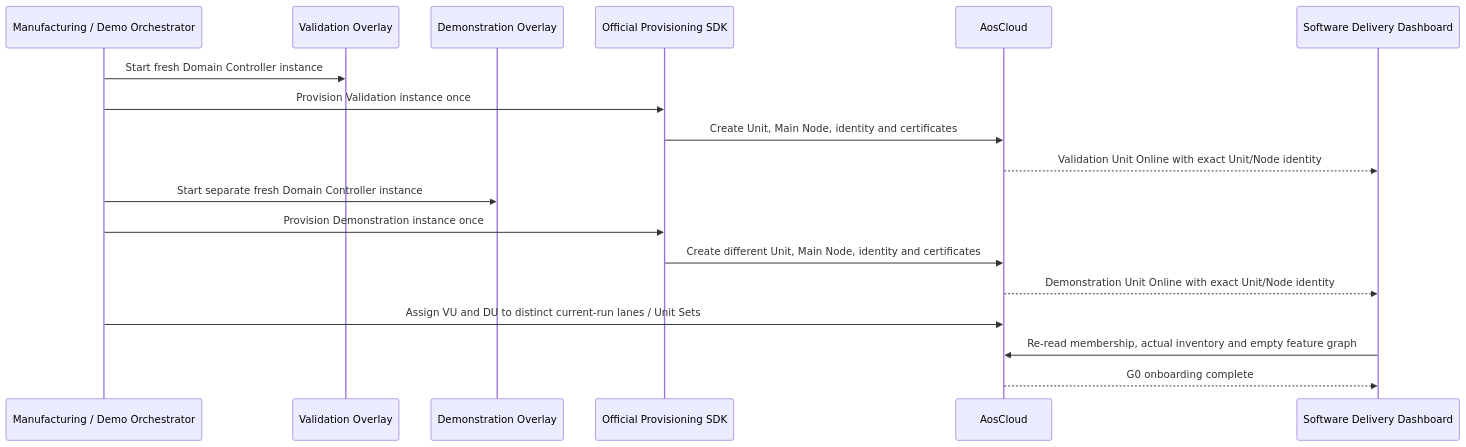
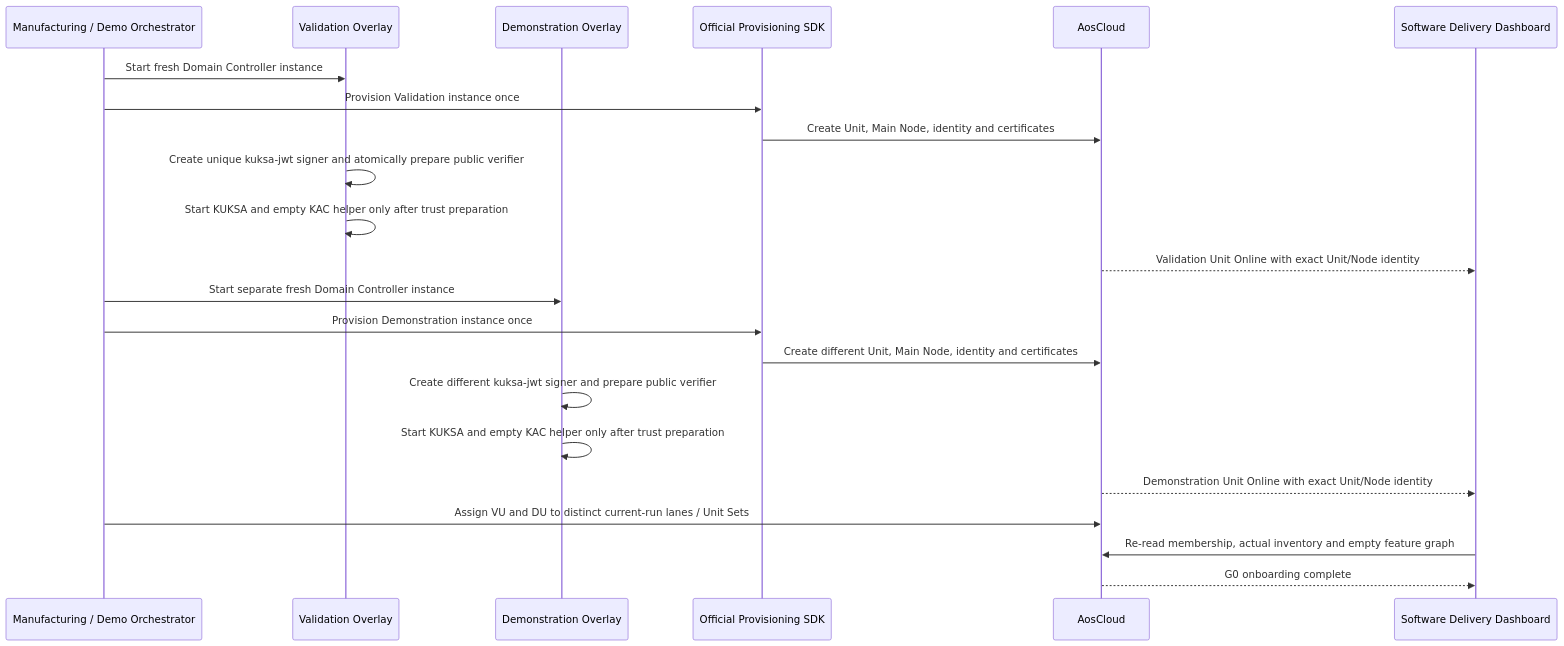
The fifth of 22 diagrams in docs/architecture/demo-scenario-architecture-flows.md (alexmaninblack/aosedge-sdv-demo), drawn with Mermaid before and after one commit. The commit also changed other lines of this file and 60 other files, not shown here.

````diff
--- a/docs/architecture/demo-scenario-architecture-flows.md
+++ b/docs/architecture/demo-scenario-architecture-flows.md
@@ -314,21 +402,25 @@
 ```mermaid
 sequenceDiagram
     participant OR as Manufacturing / Demo Orchestrator
     participant VO as Validation Overlay
     participant DO as Demonstration Overlay
     participant SDK as Official Provisioning SDK
     participant AC as AosCloud
     participant SD as Software Delivery Dashboard
 
     OR->>VO: Start fresh Domain Controller instance
     OR->>SDK: Provision Validation instance once
     SDK->>AC: Create Unit, Main Node, identity and certificates
+    VO->>VO: Create unique kuksa-jwt signer and atomically prepare public verifier
+    VO->>VO: Start KUKSA and empty KAC helper only after trust preparation
     AC-->>SD: Validation Unit Online with exact Unit/Node identity
     OR->>DO: Start separate fresh Domain Controller instance
     OR->>SDK: Provision Demonstration instance once
     SDK->>AC: Create different Unit, Main Node, identity and certificates
+    DO->>DO: Create different kuksa-jwt signer and prepare public verifier
+    DO->>DO: Start KUKSA and empty KAC helper only after trust preparation
     AC-->>SD: Demonstration Unit Online with exact Unit/Node identity
     OR->>AC: Assign VU and DU to distinct current-run lanes / Unit Sets
     SD->>AC: Re-read membership, actual inventory and empty feature graph
     AC-->>SD: G0 onboarding complete
 ```
````
